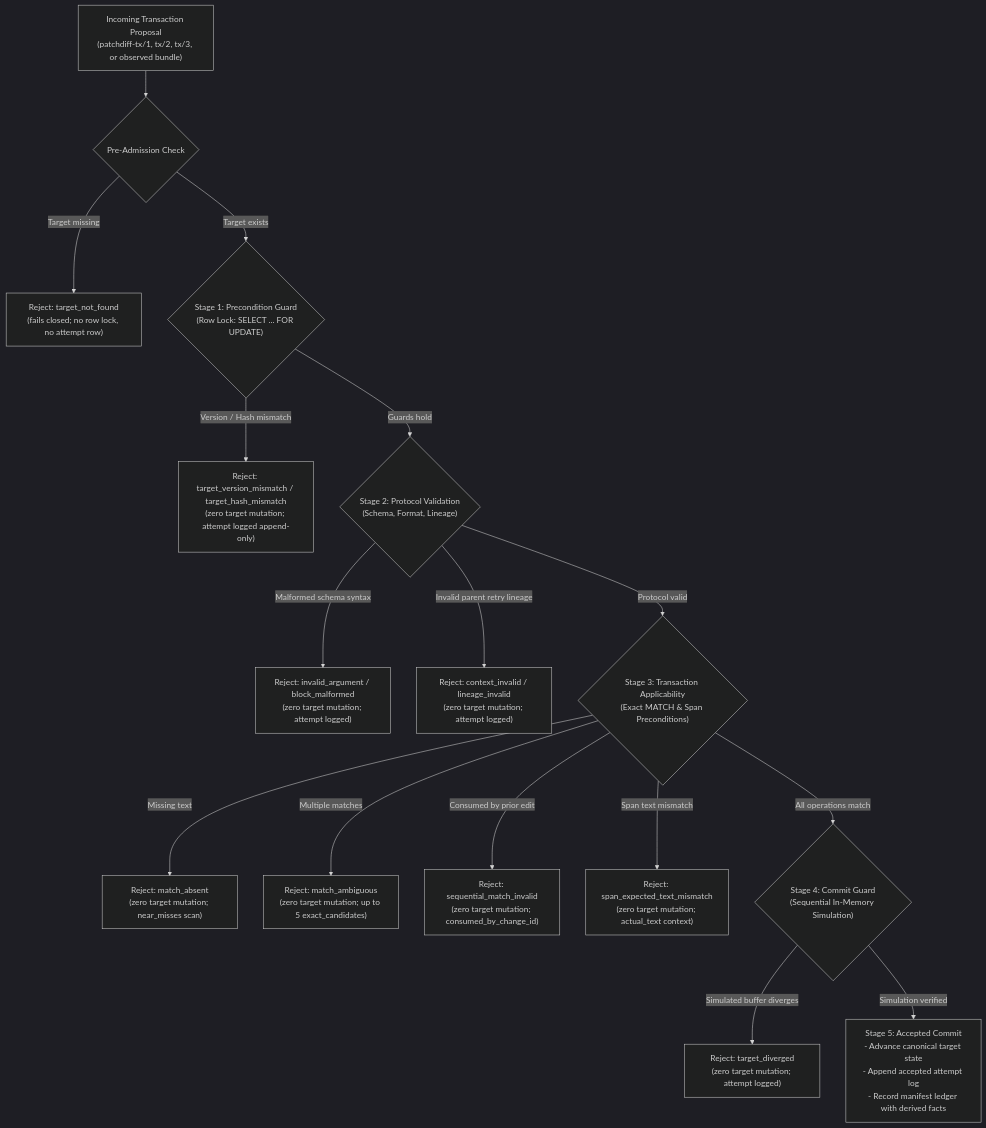
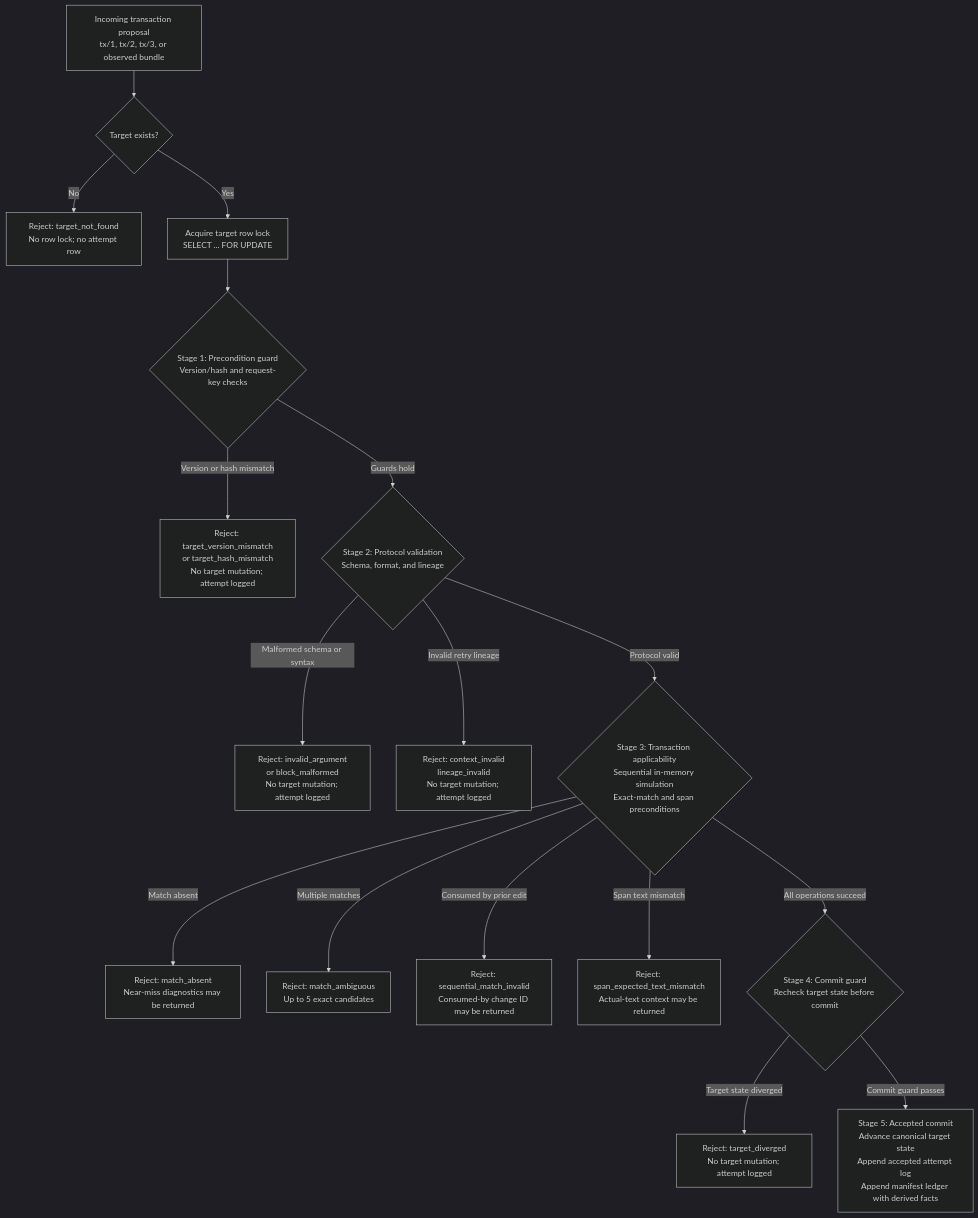
Before and after one commit to paragon-ux/Patch-DIFF: the second of 4 diagrams in docs/architecture.md, drawn with Mermaid (dark theme). The commit also changed other lines of this file and 2 other files, not shown here.

Commit message:
docs(formatting): integrate refined visual architecture diagrams and mathematical display blocks

````diff
--- a/docs/architecture.md
+++ b/docs/architecture.md
@@ -65,24 +68,24 @@
 ```mermaid
 flowchart TD
-    SUBMIT["Incoming Transaction Proposal<br/>(patchdiff-tx/1, tx/2, tx/3, or observed bundle)"] --> ADMIT{"Pre-Admission Check"}
-    
-    ADMIT -- "Target missing" --> REJ0["Reject: target_not_found<br/>(fails closed; no row lock, no attempt row)"]
-    ADMIT -- "Target exists" --> STAGE1{"Stage 1: Precondition Guard<br/>(Row Lock: SELECT ... FOR UPDATE)"}
-    
-    STAGE1 -- "Version / Hash mismatch" --> REJ1["Reject: target_version_mismatch / target_hash_mismatch<br/>(zero target mutation; attempt logged append-only)"]
-    STAGE1 -- "Guards hold" --> STAGE2{"Stage 2: Protocol Validation<br/>(Schema, Format, Lineage)"}
-    
-    STAGE2 -- "Malformed schema syntax" --> REJ2A["Reject: invalid_argument / block_malformed<br/>(zero target mutation; attempt logged)"]
-    STAGE2 -- "Invalid parent retry lineage" --> REJ2B["Reject: context_invalid / lineage_invalid<br/>(zero target mutation; attempt logged)"]
-    STAGE2 -- "Protocol valid" --> STAGE3{"Stage 3: Transaction Applicability<br/>(Exact MATCH & Span Preconditions)"}
-    
-    STAGE3 -- "Missing text" --> REJ3A["Reject: match_absent<br/>(zero target mutation; near_misses scan)"]
-    STAGE3 -- "Multiple matches" --> REJ3B["Reject: match_ambiguous<br/>(zero target mutation; up to 5 exact_candidates)"]
-    STAGE3 -- "Consumed by prior edit" --> REJ3C["Reject: sequential_match_invalid<br/>(zero target mutation; consumed_by_change_id)"]
-    STAGE3 -- "Span text mismatch" --> REJ3D["Reject: span_expected_text_mismatch<br/>(zero target mutation; actual_text context)"]
-    
-    STAGE3 -- "All operations match" --> STAGE4{"Stage 4: Commit Guard<br/>(Sequential In-Memory Simulation)"}
-    
-    STAGE4 -- "Simulated buffer diverges" --> REJ4["Reject: target_diverged<br/>(zero target mutation; attempt logged)"]
-    STAGE4 -- "Simulation verified" --> STAGE5["Stage 5: Accepted Commit<br/>- Advance canonical target state<br/>- Append accepted attempt log<br/>- Record manifest ledger with derived facts"]
+    A["Incoming transaction proposal<br/>tx/1, tx/2, tx/3, or observed bundle"] --> B{"Target exists?"}
+
+    B -- No --> R0["Reject: target_not_found<br/>No row lock; no attempt row"]
+    B -- Yes --> C["Acquire target row lock<br/>SELECT ... FOR UPDATE"]
+
+    C --> D{"Stage 1: Precondition guard<br/>Version/hash and request-key checks"}
+    D -- "Version or hash mismatch" --> R1["Reject: target_version_mismatch<br/>or target_hash_mismatch<br/>No target mutation; attempt logged"]
+    D -- "Guards hold" --> E{"Stage 2: Protocol validation<br/>Schema, format, and lineage"}
+
+    E -- "Malformed schema or syntax" --> R2A["Reject: invalid_argument<br/>or block_malformed<br/>No target mutation; attempt logged"]
+    E -- "Invalid retry lineage" --> R2B["Reject: context_invalid<br/>lineage_invalid<br/>No target mutation; attempt logged"]
+    E -- "Protocol valid" --> F{"Stage 3: Transaction applicability<br/>Sequential in-memory simulation<br/>Exact-match and span preconditions"}
+
+    F -- "Match absent" --> R3A["Reject: match_absent<br/>Near-miss diagnostics may be returned"]
+    F -- "Multiple matches" --> R3B["Reject: match_ambiguous<br/>Up to 5 exact candidates"]
+    F -- "Consumed by prior edit" --> R3C["Reject: sequential_match_invalid<br/>Consumed-by change ID may be returned"]
+    F -- "Span text mismatch" --> R3D["Reject: span_expected_text_mismatch<br/>Actual-text context may be returned"]
+    F -- "All operations succeed" --> G{"Stage 4: Commit guard<br/>Recheck target state before commit"}
+
+    G -- "Target state diverged" --> R4["Reject: target_diverged<br/>No target mutation; attempt logged"]
+    G -- "Commit guard passes" --> H["Stage 5: Accepted commit<br/>Advance canonical target state<br/>Append accepted attempt log<br/>Append manifest ledger with derived facts"]
 ```
````
